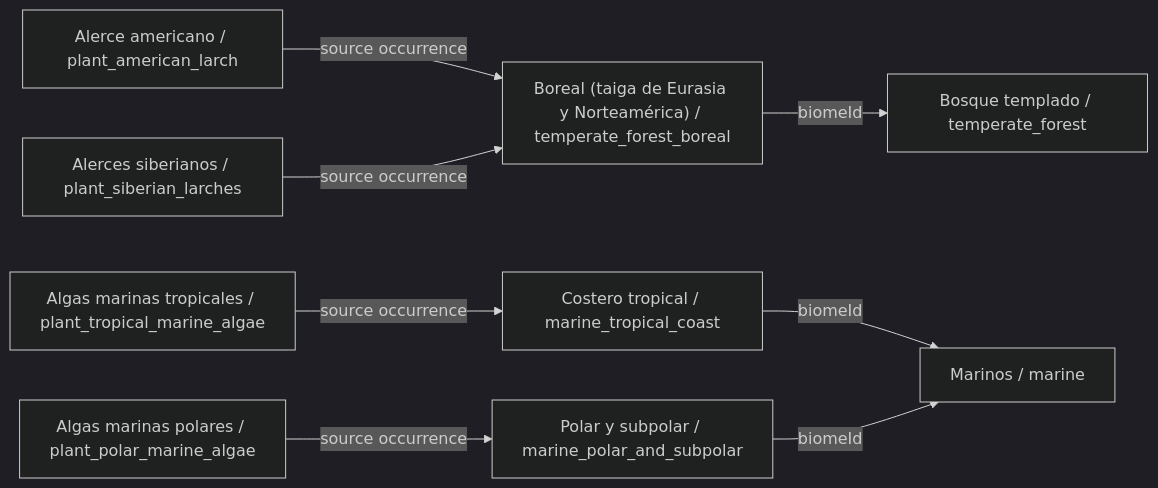
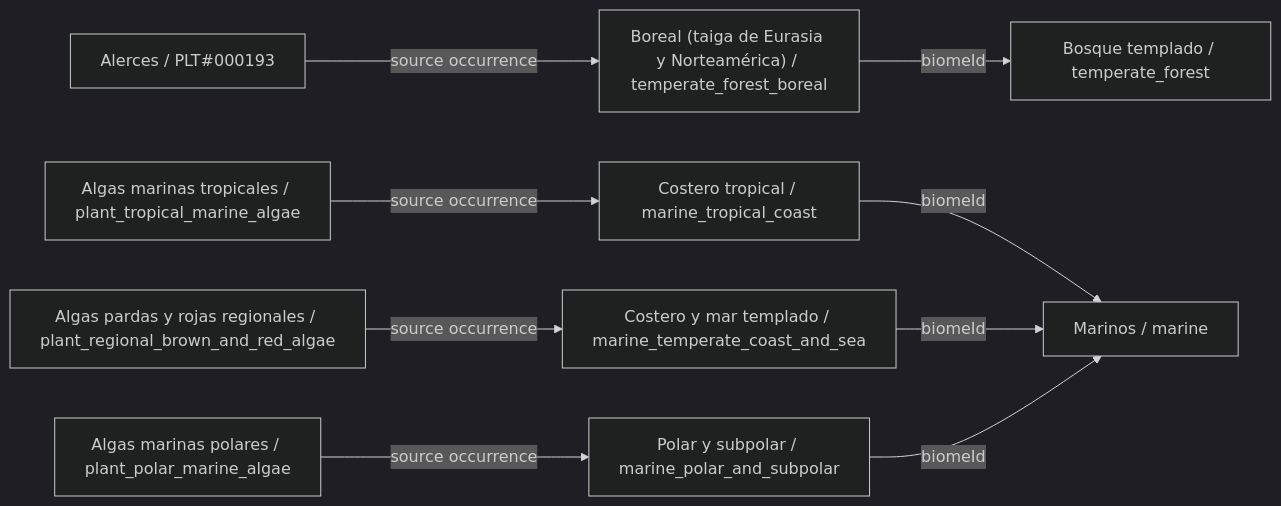
One commit to fgabo404/EvolveDoc changed the second of 34 diagrams in data/plants/DIAGRAMS.es.md. Above: the diagram before and after it, drawn with Mermaid (dark theme). The commit also changed other lines of this file and 59 other files, not shown here.

````diff
--- a/data/plants/DIAGRAMS.es.md
+++ b/data/plants/DIAGRAMS.es.md
@@ -207,19 +176,21 @@
 ```mermaid
 flowchart LR
-    c0["Alerce americano / plant_american_larch"]
+    c0["Alerces / PLT#000193"]
     v7["Boreal (taiga de Eurasia y Norteamérica) / temperate_forest_boreal"]
     b1["Bosque templado / temperate_forest"]
-    c1["Alerces siberianos / plant_siberian_larches"]
-    c2["Algas marinas polares / plant_polar_marine_algae"]
+    c1["Algas marinas polares / plant_polar_marine_algae"]
     v21["Polar y subpolar / marine_polar_and_subpolar"]
     b5["Marinos / marine"]
-    c3["Algas marinas tropicales / plant_tropical_marine_algae"]
+    c2["Algas marinas tropicales / plant_tropical_marine_algae"]
     v19["Costero tropical / marine_tropical_coast"]
+    c3["Algas pardas y rojas regionales / plant_regional_brown_and_red_algae"]
+    v20["Costero y mar templado / marine_temperate_coast_and_sea"]
     c0 -->|source occurrence| v7
-    c1 -->|source occurrence| v7
-    c2 -->|source occurrence| v21
-    c3 -->|source occurrence| v19
+    c1 -->|source occurrence| v21
+    c2 -->|source occurrence| v19
+    c3 -->|source occurrence| v20
     v19 -->|biomeId| b5
+    v20 -->|biomeId| b5
     v21 -->|biomeId| b5
     v7 -->|biomeId| b1
 ```
````
